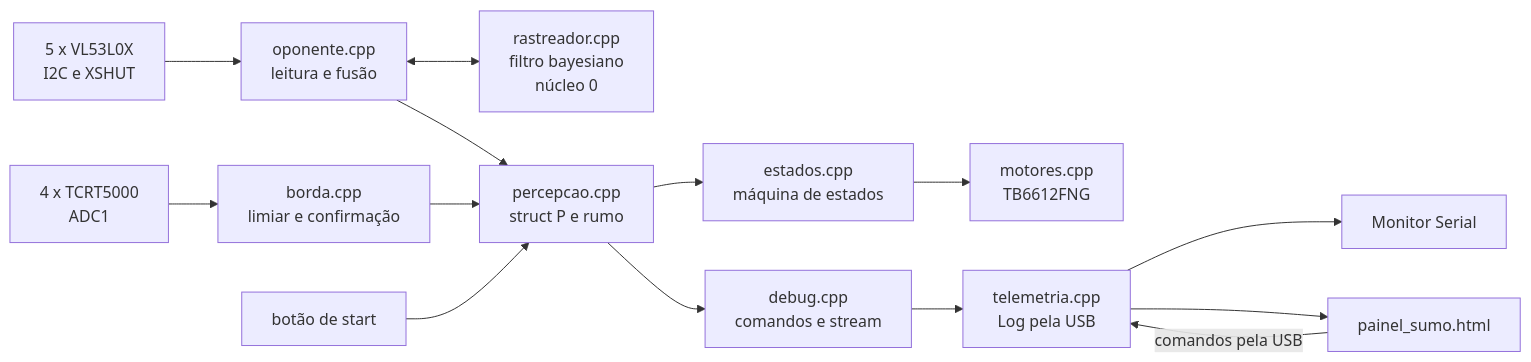
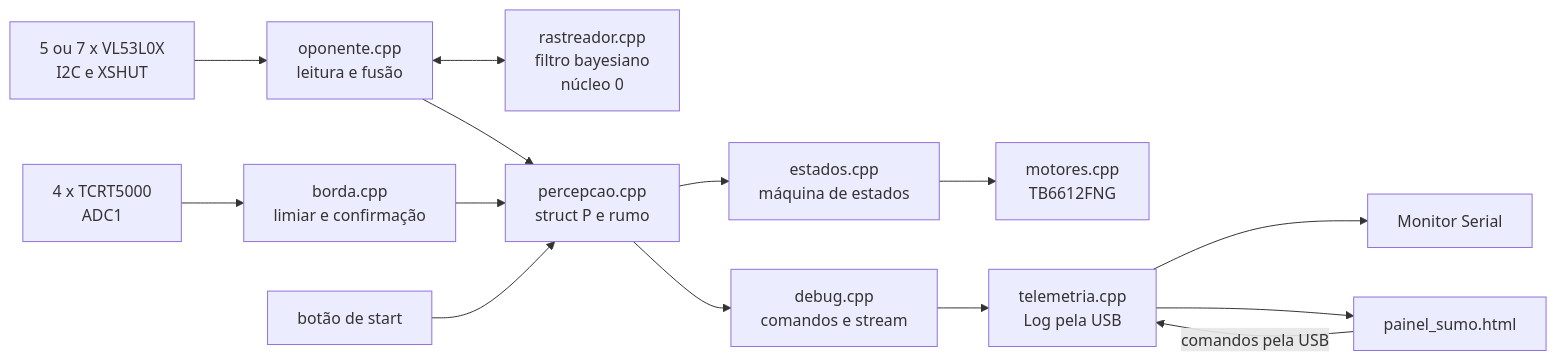
One commit to felcoslop/LAB_III_Grupo_D_UFMG_2026_2 changed the first of 2 diagrams in README.md. Above: the diagram before and after it, drawn with Mermaid. The commit also changed other lines of this file and 1 other file, not shown here.

````diff
--- a/README.md
+++ b/README.md
@@ -161,16 +187,16 @@
 ```mermaid
 flowchart LR
-    TOF["5 x VL53L0X<br/>I2C e XSHUT"] --> OPO["oponente.cpp<br/>leitura e fusão"]
+    TOF["5 ou 7 x VL53L0X<br/>I2C e XSHUT"] --> OPO["oponente.cpp<br/>leitura e fusão"]
     OPO <--> RAS["rastreador.cpp<br/>filtro bayesiano<br/>núcleo 0"]
     TCRT["4 x TCRT5000<br/>ADC1"] --> BOR["borda.cpp<br/>limiar e confirmação"]
     BOT["botão de start"] --> PER
     OPO --> PER["percepcao.cpp<br/>struct P e rumo"]
     BOR --> PER
     PER --> EST["estados.cpp<br/>máquina de estados"]
     EST --> MOT["motores.cpp<br/>TB6612FNG"]
     PER --> DEB["debug.cpp<br/>comandos e stream"]
     DEB --> TEL["telemetria.cpp<br/>Log pela USB"]
     TEL --> USB["Monitor Serial"]
     TEL --> PAI["painel_sumo.html"]
     PAI -- "comandos pela USB" --> TEL
 ```
````
